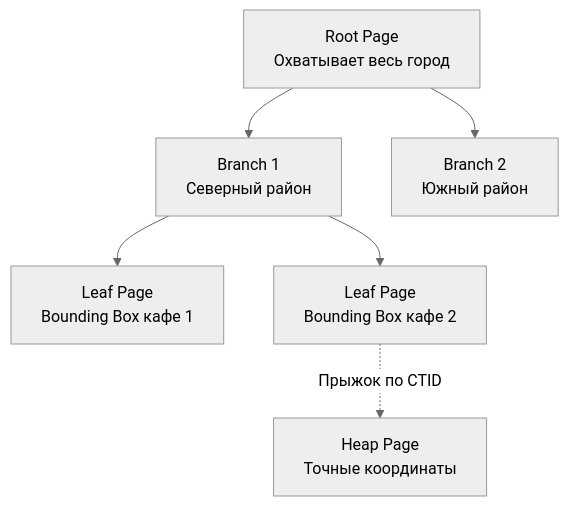
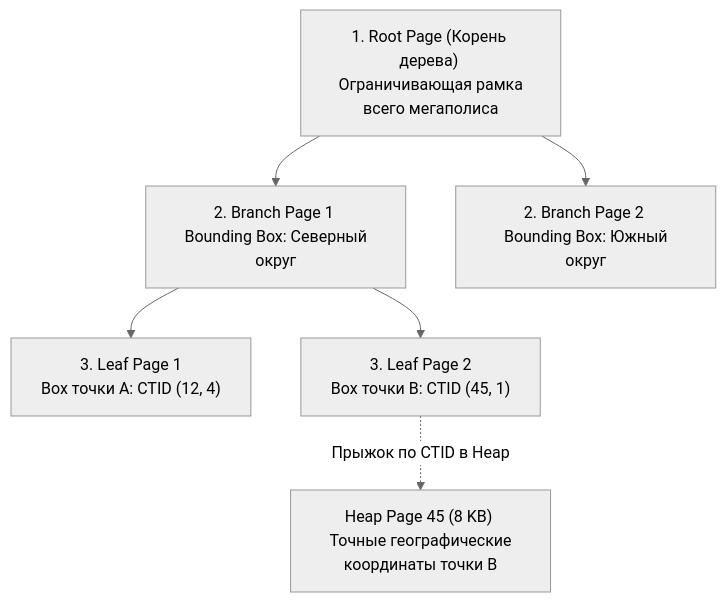
One commit to UnrealTemplier/go-textbook changed the second of 2 diagrams in sources/12. Базы данных/06. PostgreSQL/8. PostGIS.md. Above: the diagram before and after it, drawn with Mermaid (neutral theme). The commit also changed other lines of this file, not shown here.

````diff
--- a/sources/12. Базы данных/06. PostgreSQL/8. PostGIS.md
+++ b/sources/12. Базы данных/06. PostgreSQL/8. PostGIS.md
@@ -38,10 +48,12 @@
 ```mermaid
 flowchart TD
-    Root["Root Page<br>Охватывает весь город"] --> B1["Branch 1<br>Северный район"]
-    Root --> B2["Branch 2<br>Южный район"]
+    Root["1. Root Page (Корень дерева) <br> Ограничивающая рамка всего мегаполиса"]
     
-    B1 --> L1["Leaf Page<br>Bounding Box кафе 1"]
-    B1 --> L2["Leaf Page<br>Bounding Box кафе 2"]
+    Root --> B1["2. Branch Page 1 <br> Bounding Box: Северный округ"]
+    Root --> B2["2. Branch Page 2 <br> Bounding Box: Южный округ"]
     
-    L2 -.->|"Прыжок по CTID"| Heap["Heap Page<br>Точные координаты"]
+    B1 --> L1["3. Leaf Page 1 <br> Box точки A: CTID (12, 4)"]
+    B1 --> L2["3. Leaf Page 2 <br> Box точки B: CTID (45, 1)"]
+    
+    L2 -.->|"Прыжок по CTID в Heap"| Heap["Heap Page 45 (8 KB) <br> Точные географические координаты точки B"]
 ```
````
